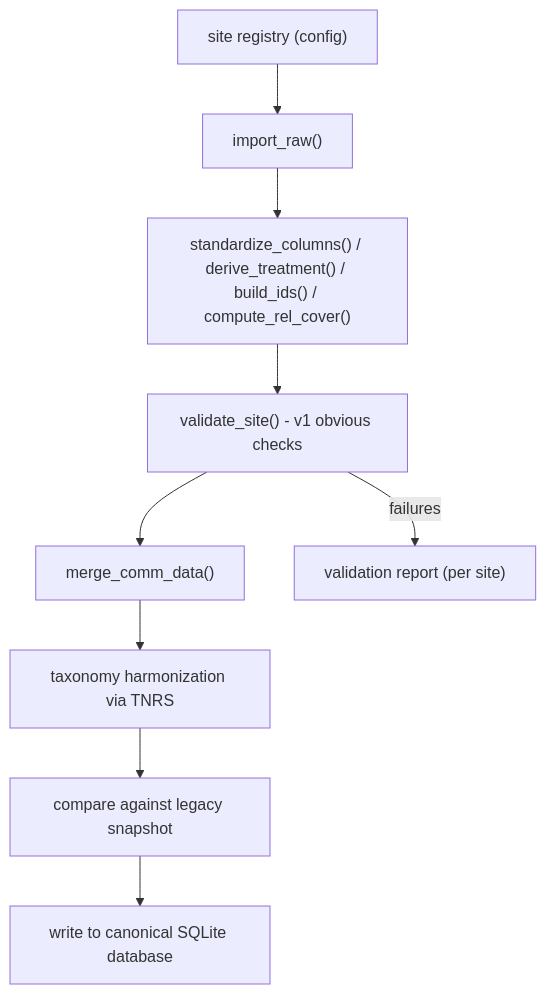
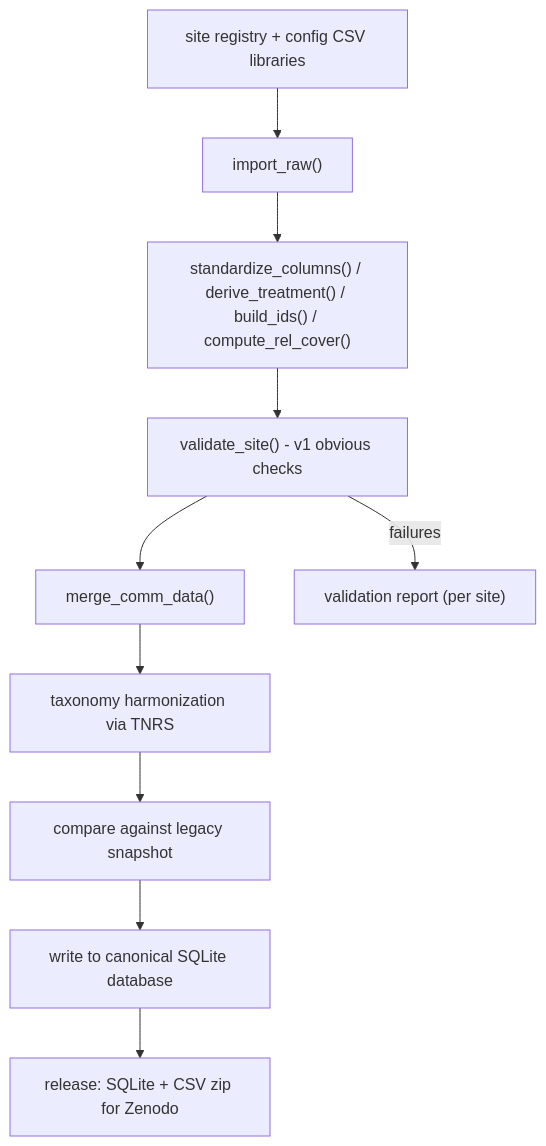
The diagram in README.md (TransPlantNetwork/transplant_network_data_cleaning), drawn with Mermaid before and after one commit. The commit also changed other lines of this file, not shown here.

First line of the commit message:
Enhance README.md to clarify site registry and config libraries structure

````diff
--- a/README.md
+++ b/README.md
@@ -17,11 +17,12 @@
 ```mermaid
 flowchart TD
-  registry["site registry (config)"] --> importStage["import_raw()"]
+  registry["site registry + config CSV libraries"] --> importStage["import_raw()"]
   importStage --> cleanStage["standardize_columns() / derive_treatment() / build_ids() / compute_rel_cover()"]
   cleanStage --> validateStage["validate_site() - v1 obvious checks"]
   validateStage --> mergeStage["merge_comm_data()"]
   mergeStage --> taxonomyStage["taxonomy harmonization via TNRS"]
   taxonomyStage --> regressionStage["compare against legacy snapshot"]
   regressionStage --> dbStage["write to canonical SQLite database"]
+  dbStage --> releaseStage["release: SQLite + CSV zip for Zenodo"]
   validateStage -->|failures| report["validation report (per site)"]
 ```
````
